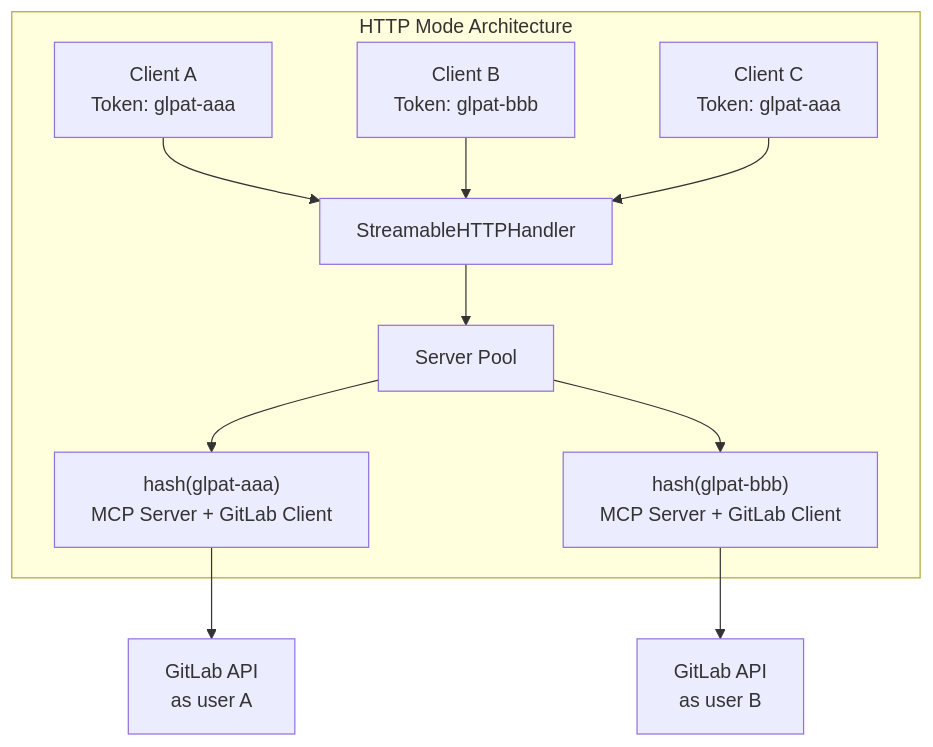
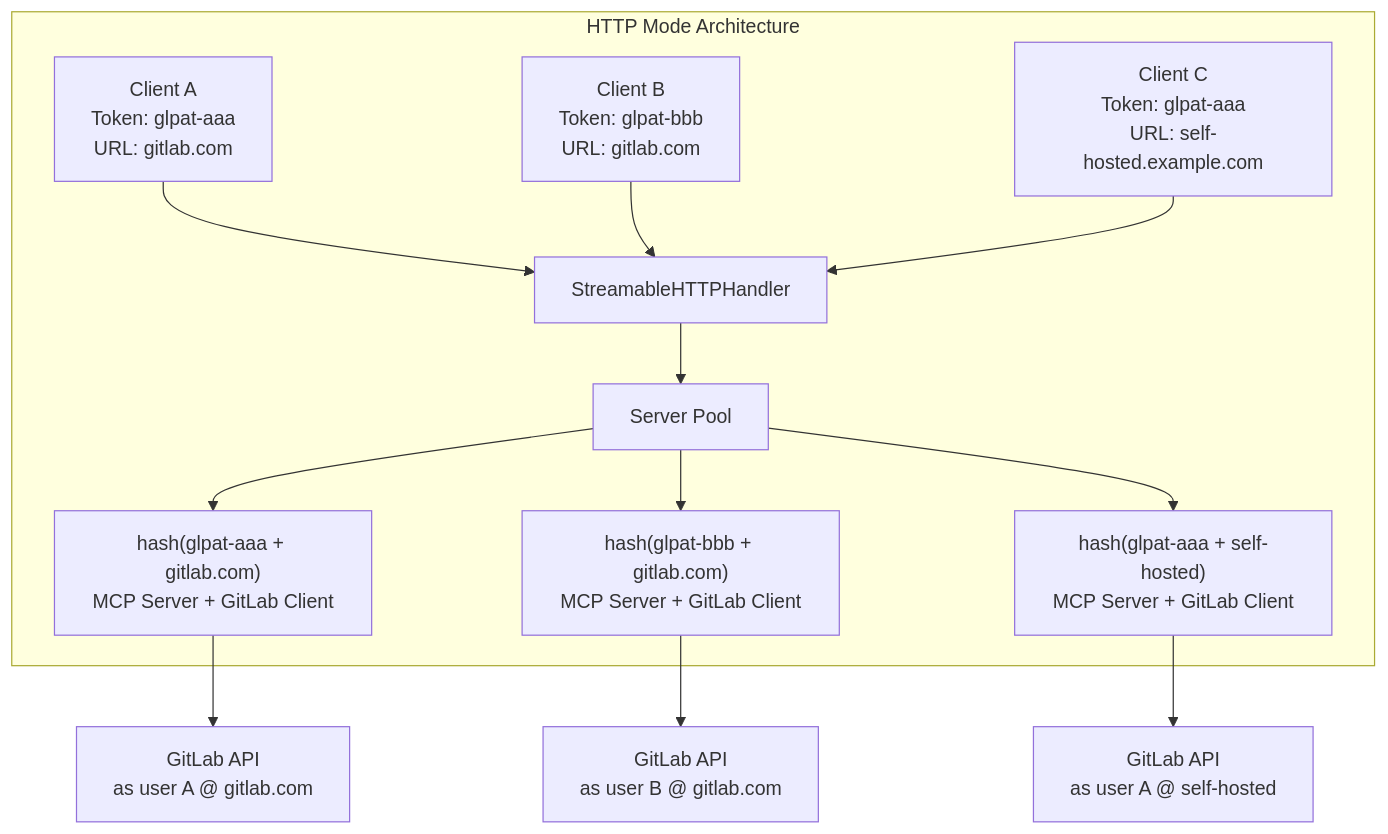
One commit to jmrplens/gitlab-mcp-server changed the diagram in site/src/content/docs/operations/http-server.mdx. Above: the diagram before and after it, drawn with Mermaid. The commit also changed other lines of this file and 36 other files, not shown here.

First line of the commit message:
feat(http): support per-request GitLab URL via GITLAB-URL header and add --trusted-proxy-header (#26)

````diff
--- a/site/src/content/docs/operations/http-server.mdx
+++ b/site/src/content/docs/operations/http-server.mdx
@@ -147,16 +161,18 @@
 ```mermaid
 graph TD
     subgraph "HTTP Mode Architecture"
-        REQ1["Client A<br/>Token: glpat-aaa"] --> HANDLER[StreamableHTTPHandler]
-        REQ2["Client B<br/>Token: glpat-bbb"] --> HANDLER
-        REQ3["Client C<br/>Token: glpat-aaa"] --> HANDLER
+        REQ1["Client A<br/>Token: glpat-aaa<br/>URL: gitlab.com"] --> HANDLER[StreamableHTTPHandler]
+        REQ2["Client B<br/>Token: glpat-bbb<br/>URL: gitlab.com"] --> HANDLER
+        REQ3["Client C<br/>Token: glpat-aaa<br/>URL: self-hosted.example.com"] --> HANDLER
 
         HANDLER --> POOL[Server Pool]
 
-        POOL --> ENTRY1["hash(glpat-aaa)<br/>MCP Server + GitLab Client"]
-        POOL --> ENTRY2["hash(glpat-bbb)<br/>MCP Server + GitLab Client"]
+        POOL --> ENTRY1["hash(glpat-aaa + gitlab.com)<br/>MCP Server + GitLab Client"]
+        POOL --> ENTRY2["hash(glpat-bbb + gitlab.com)<br/>MCP Server + GitLab Client"]
+        POOL --> ENTRY3["hash(glpat-aaa + self-hosted)<br/>MCP Server + GitLab Client"]
     end
 
-    ENTRY1 --> GL1["GitLab API<br/>as user A"]
-    ENTRY2 --> GL2["GitLab API<br/>as user B"]
+    ENTRY1 --> GL1["GitLab API<br/>as user A @ gitlab.com"]
+    ENTRY2 --> GL2["GitLab API<br/>as user B @ gitlab.com"]
+    ENTRY3 --> GL3["GitLab API<br/>as user A @ self-hosted"]
 ```
````
